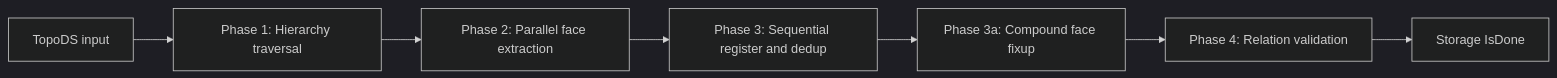
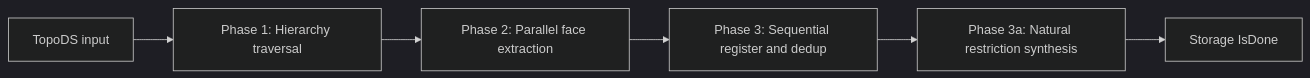
One commit to Open-Cascade-SAS/OCCT changed the fourth of 5 diagrams in src/ModelingData/TKBRep/BRepGraphInc/README.md. Above: the diagram before and after it, drawn with Mermaid (dark theme). The commit also changed other lines of this file and 2 other files, not shown here.

````diff
--- a/src/ModelingData/TKBRep/BRepGraphInc/README.md
+++ b/src/ModelingData/TKBRep/BRepGraphInc/README.md
@@ -257,9 +259,8 @@
 ```mermaid
 flowchart LR
   I[TopoDS input] --> P1[Phase 1: Hierarchy traversal]
   P1 --> P2[Phase 2: Parallel face extraction]
   P2 --> P3[Phase 3: Sequential register and dedup]
-  P3 --> P3a[Phase 3a: Compound face fixup]
-  P3a --> P4[Phase 4: Relation validation]
-  P4 --> D[Storage IsDone]
+  P3 --> P3a[Phase 3a: Natural restriction synthesis]
+  P3a --> D[Storage IsDone]
 ```
````
